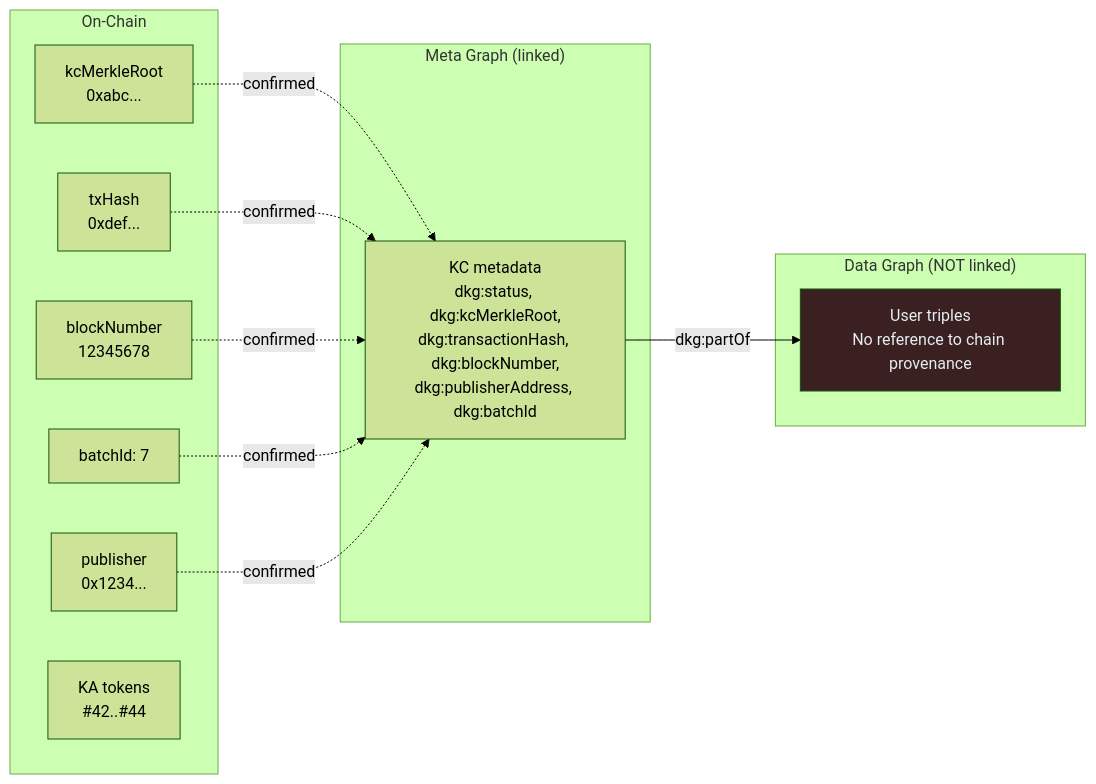
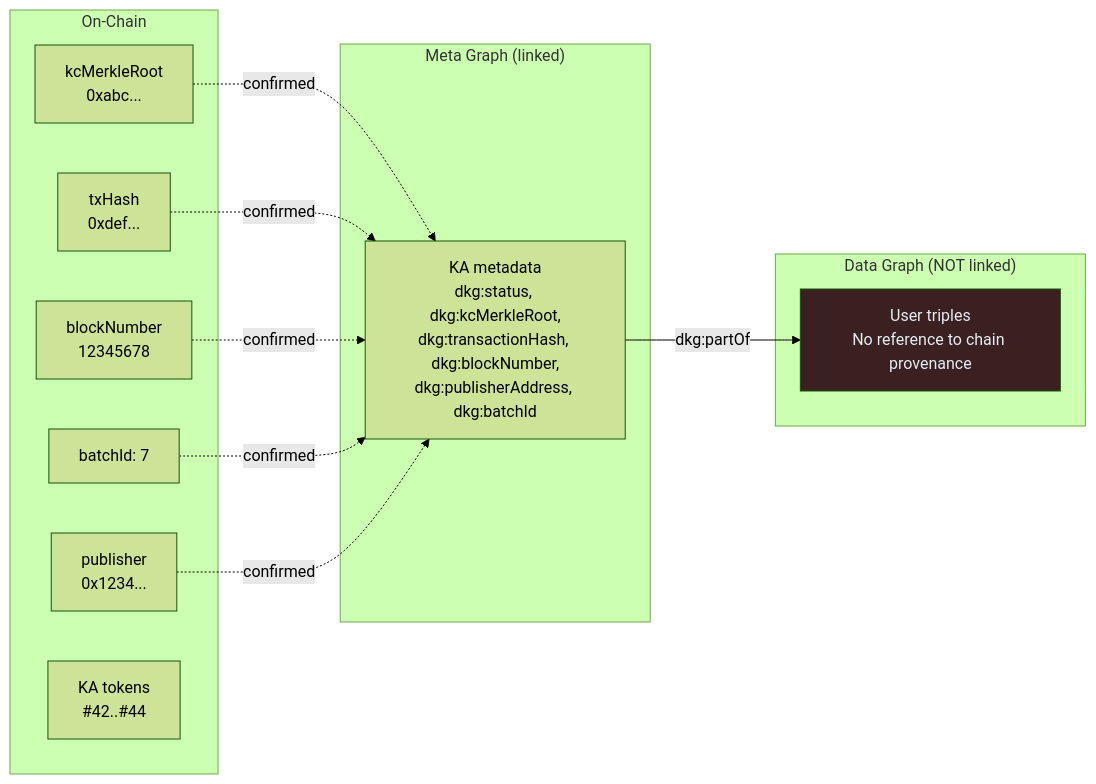
Before and after one commit to KilianTrunk/dkg: diagram 15 of 15 in docs/v9-protocol-operations.md, drawn with Mermaid (forest theme). The commit also changed other lines of this file and 122 other files, not shown here.

````diff
--- a/docs/v9-protocol-operations.md
+++ b/docs/v9-protocol-operations.md
@@ -1106,29 +1106,29 @@
 ```mermaid
 graph LR
     subgraph "On-Chain"
         MR["kcMerkleRoot<br/>0xabc..."]
         TX["txHash<br/>0xdef..."]
         BN["blockNumber<br/>12345678"]
         BATCH["batchId: 7"]
         ADDR["publisher<br/>0x1234..."]
         NFT["KA tokens<br/>#42..#44"]
     end
 
     subgraph "Meta Graph (linked)"
-        KC["KC metadata<br/>dkg:status, dkg:kcMerkleRoot,<br/>dkg:transactionHash, dkg:blockNumber,<br/>dkg:publisherAddress, dkg:batchId"]
+        KA["KA metadata<br/>dkg:status, dkg:kcMerkleRoot,<br/>dkg:transactionHash, dkg:blockNumber,<br/>dkg:publisherAddress, dkg:batchId"]
     end
 
     subgraph "Data Graph (NOT linked)"
         DATA["User triples<br/>No reference to chain provenance"]
     end
 
-    MR -.->|confirmed| KC
-    TX -.->|confirmed| KC
-    BN -.->|confirmed| KC
-    BATCH -.->|confirmed| KC
-    ADDR -.->|confirmed| KC
+    MR -.->|confirmed| KA
+    TX -.->|confirmed| KA
+    BN -.->|confirmed| KA
+    BATCH -.->|confirmed| KA
+    ADDR -.->|confirmed| KA
 
-    KC -->|"dkg:partOf"| DATA
+    KA -->|"dkg:partOf"| DATA
 
     style DATA fill:#3a2020,color:#e6edf3
 ```
````
